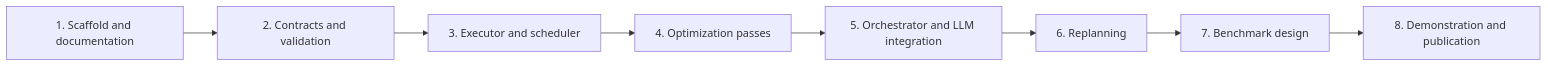
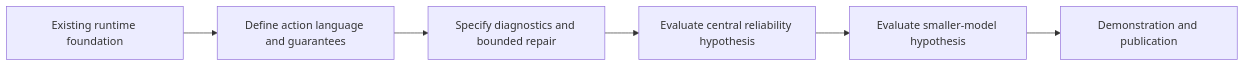
One commit to joaomadruga/AgentCompiler changed diagram 13 of 13 in README.md. Above: the diagram before and after it, drawn with Mermaid. The commit also changed other lines of this file and 8 other files, not shown here.

````diff
--- a/README.md
+++ b/README.md
@@ -405,10 +397,8 @@
 ```mermaid
 flowchart LR
-    A[1. Scaffold and documentation] --> B[2. Contracts and validation]
-    B --> C[3. Executor and scheduler]
-    C --> D[4. Optimization passes]
-    D --> E[5. Orchestrator and LLM integration]
-    E --> F[6. Replanning]
-    F --> G[7. Benchmark design]
-    G --> H[8. Demonstration and publication]
+    A[Existing runtime foundation] --> B[Define action language and guarantees]
+    B --> C[Specify diagnostics and bounded repair]
+    C --> D[Evaluate central reliability hypothesis]
+    D --> E[Evaluate smaller-model hypothesis]
+    E --> F[Demonstration and publication]
 ```
````
